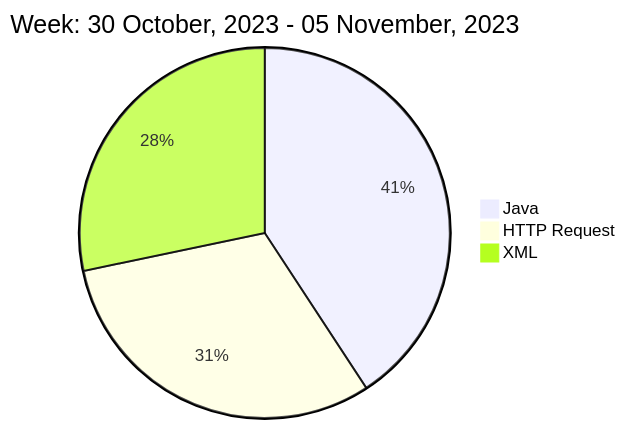
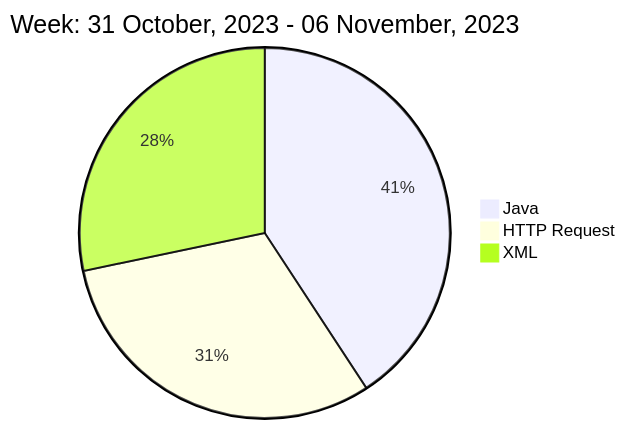
Before and after one commit to liubin95/liubin95: the diagram in README.md, drawn with Mermaid.

Commit message:
Updated the Graph with new Metrics

````diff
--- a/README.md
+++ b/README.md
@@ -40,7 +40,7 @@
 ```mermaid
  pie
-title Week: 30 October, 2023 - 05 November, 2023
+title Week: 31 October, 2023 - 06 November, 2023
  "Java" : 3.07
  "HTTP Request" : 2.33
  "XML" : 2.13
 ```
````
